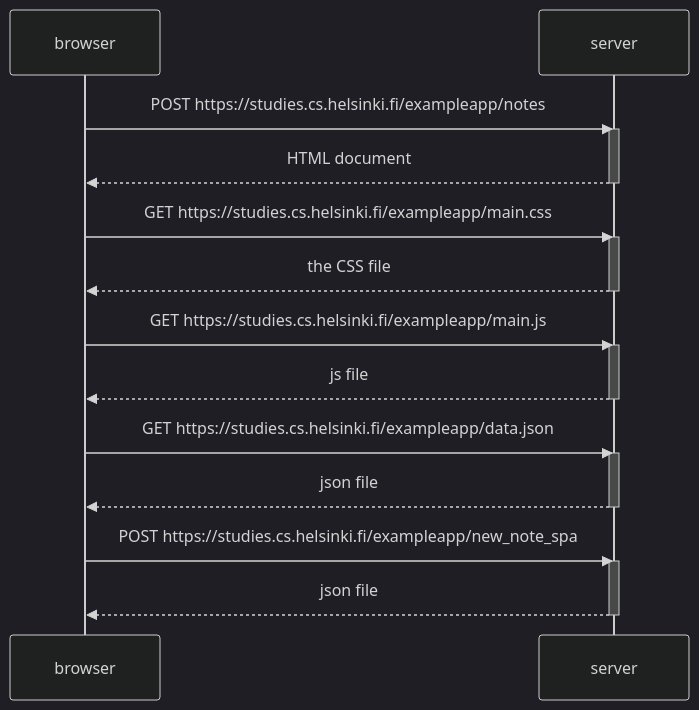
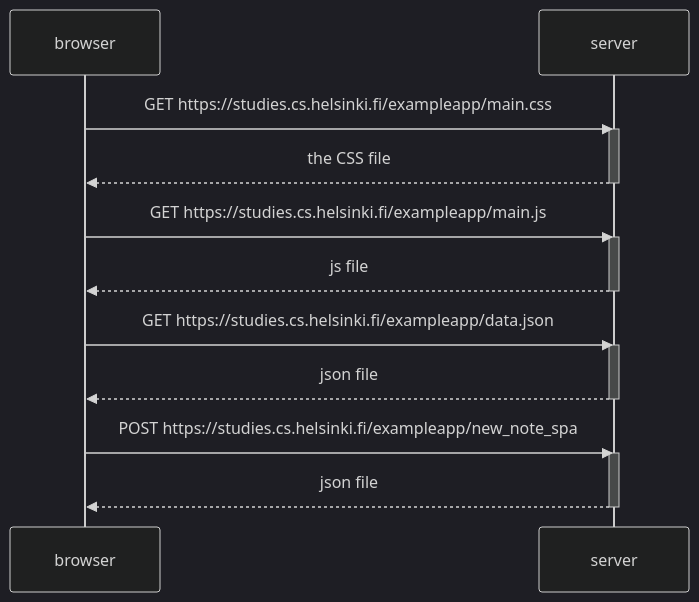
The diagram in 0.6.md (LeoKay-J/FullStackOpen), drawn with Mermaid (dark theme) before and after one commit.

````diff
--- a/0.6.md
+++ b/0.6.md
@@ -1,34 +1,28 @@
 ```mermaid
 sequenceDiagram
     participant browser
     participant server
-
-
-    browser->>server: POST https://studies.cs.helsinki.fi/exampleapp/notes
-    activate server
-    server-->>browser: HTML document
-    deactivate server
 
 
     browser->>server: GET https://studies.cs.helsinki.fi/exampleapp/main.css
     activate server
     server-->>browser: the CSS file
     deactivate server
 
 
     browser->>server: GET https://studies.cs.helsinki.fi/exampleapp/main.js
     activate server
     server-->>browser: js file
     deactivate server
 
 
     browser->>server: GET https://studies.cs.helsinki.fi/exampleapp/data.json
     activate server
     server-->>browser: json file
     deactivate server
 
     browser->>server: POST https://studies.cs.helsinki.fi/exampleapp/new_note_spa
     activate server
     server-->>browser: json file
     deactivate server
 ```
````
